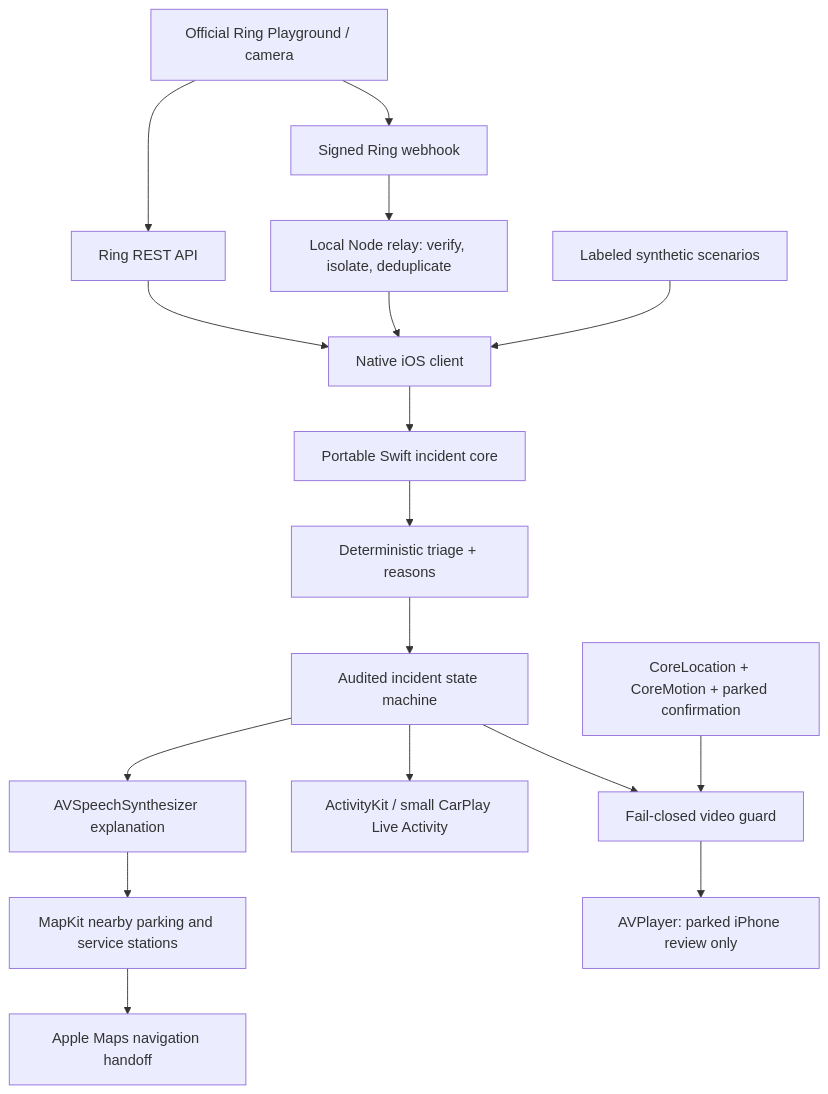
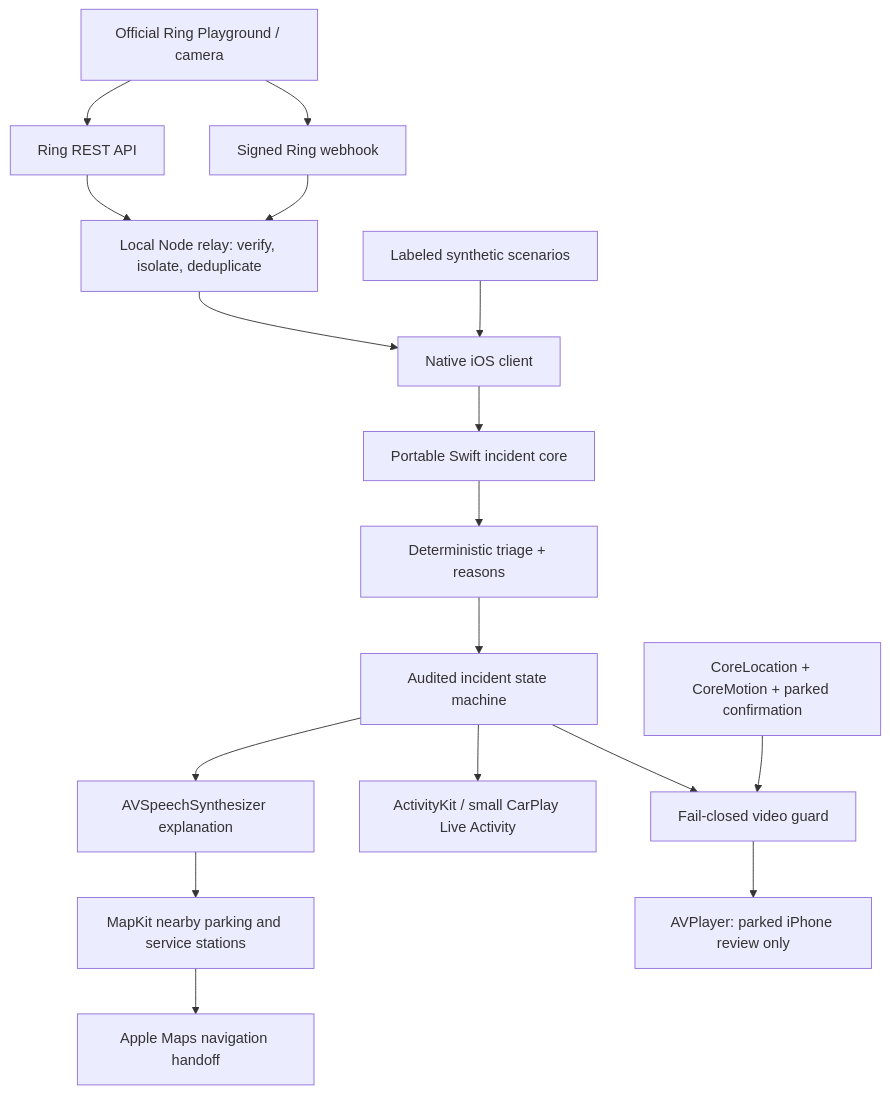
One commit to thomasdevving/ring-drive changed the diagram in README.md. Above: the diagram before and after it, drawn with Mermaid. The commit also changed other lines of this file and 27 other files, not shown here.

````diff
--- a/README.md
+++ b/README.md
@@ -84,19 +99,19 @@
 ```mermaid
 flowchart TD
   R[Official Ring Playground / camera] --> API[Ring REST API]
   R --> W[Signed Ring webhook]
   W --> Relay[Local Node relay: verify, isolate, deduplicate]
-  API --> Native[Native iOS client]
-  Relay --> Native
+  API --> Relay
+  Relay --> Native[Native iOS client]
   Fixtures[Labeled synthetic scenarios] --> Native
   Native --> Core[Portable Swift incident core]
   Core --> Triage[Deterministic triage + reasons]
   Triage --> State[Audited incident state machine]
   State --> Voice[AVSpeechSynthesizer explanation]
   State --> Activity[ActivityKit / small CarPlay Live Activity]
   Voice --> Search[MapKit nearby parking and service stations]
   Search --> Maps[Apple Maps navigation handoff]
   Sensors[CoreLocation + CoreMotion + parked confirmation] --> Guard[Fail-closed video guard]
   State --> Guard
   Guard --> Video[AVPlayer: parked iPhone review only]
 ```
````
